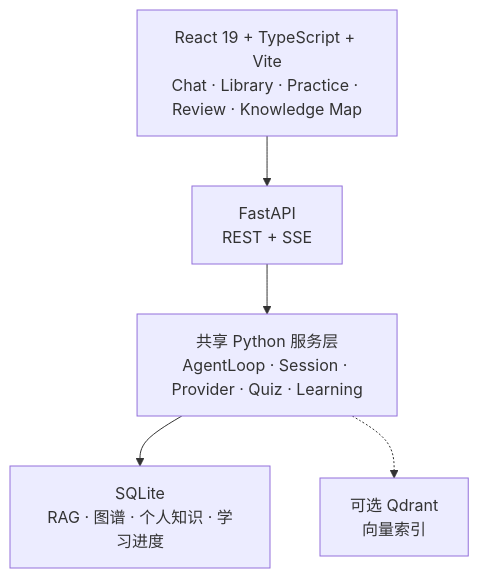
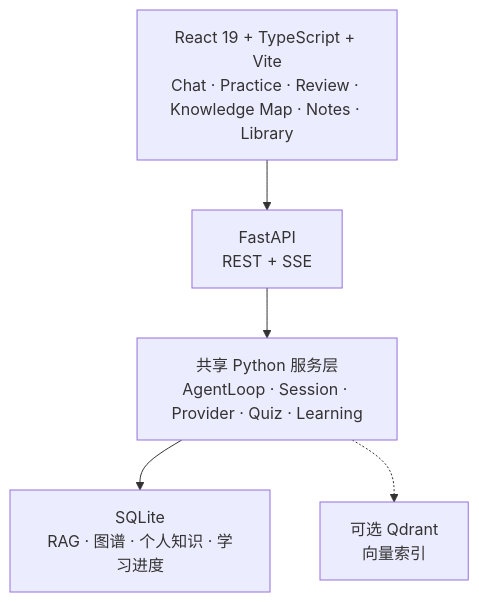
The second of 2 diagrams in README.md (think520/react-agent), drawn with Mermaid before and after one commit. The commit also changed other lines of this file and 6 other files, not shown here.

Commit message:
docs: align project documentation with current architecture and W4-RESTORE-01

````diff
--- a/README.md
+++ b/README.md
@@ -142,11 +143,11 @@
 ```mermaid
 flowchart TB
-    UI["React 19 + TypeScript + Vite<br/>Chat · Library · Practice · Review · Knowledge Map"]
+    UI["React 19 + TypeScript + Vite<br/>Chat · Practice · Review · Knowledge Map · Notes · Library"]
     API["FastAPI<br/>REST + SSE"]
     SERVICES["共享 Python 服务层<br/>AgentLoop · Session · Provider · Quiz · Learning"]
     DATA["SQLite<br/>RAG · 图谱 · 个人知识 · 学习进度"]
     VECTOR["可选 Qdrant<br/>向量索引"]
     UI --> API --> SERVICES
     SERVICES --> DATA
     SERVICES -.-> VECTOR
 ```
````
